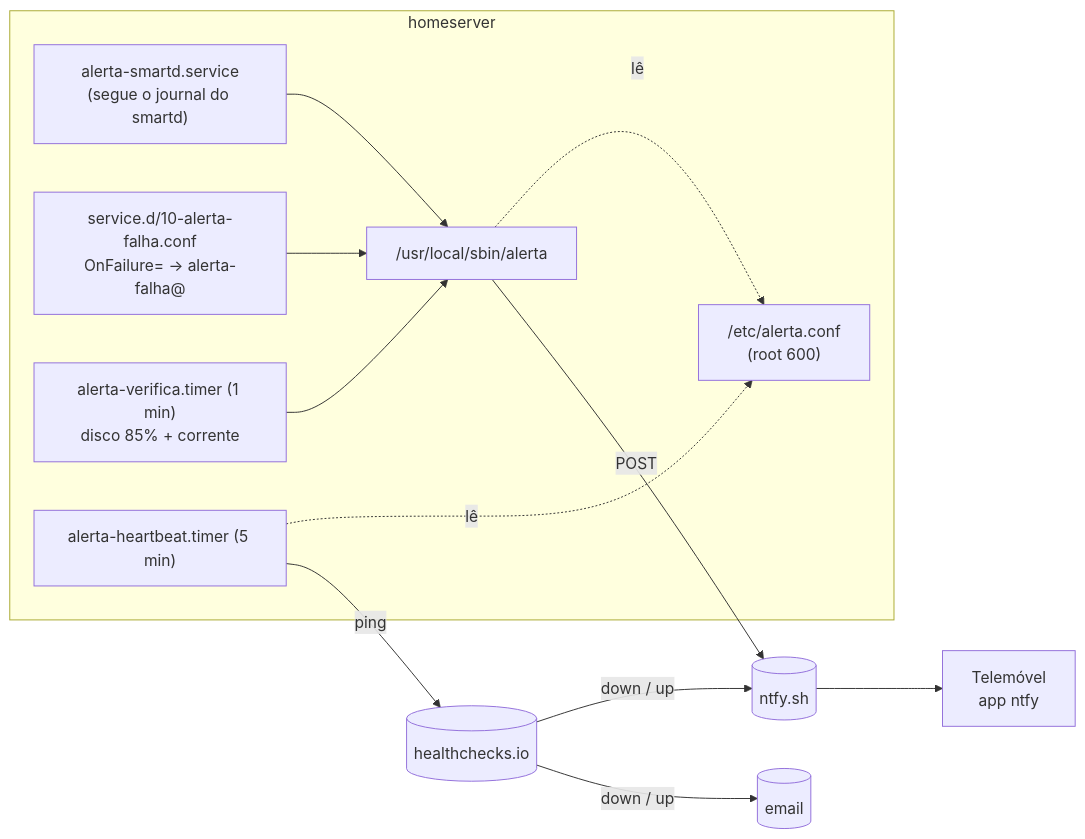
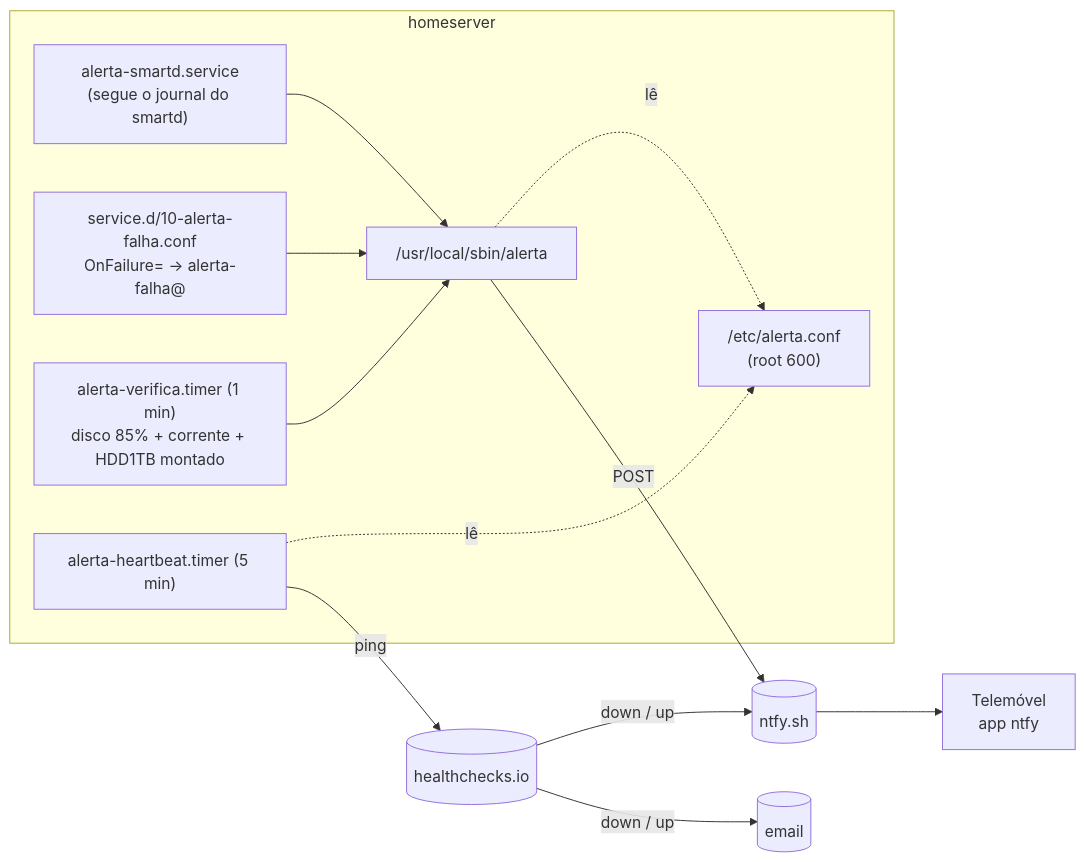
Before and after one commit to Kroatoan1979/001-26-home-server: the diagram in infra/docs/10-alertas-ntfy-healthchecks.md, drawn with Mermaid. The commit also changed other lines of this file and 4 other files, not shown here.

````diff
--- a/infra/docs/10-alertas-ntfy-healthchecks.md
+++ b/infra/docs/10-alertas-ntfy-healthchecks.md
@@ -60,21 +60,21 @@
 ```mermaid
 flowchart LR
   subgraph homeserver
     CONF["/etc/alerta.conf<br/>(root 600)"]
     A["/usr/local/sbin/alerta"]
     S["alerta-smartd.service<br/>(segue o journal do smartd)"]
     F["service.d/10-alerta-falha.conf<br/>OnFailure= → alerta-falha@"]
-    V["alerta-verifica.timer (1 min)<br/>disco 85% + corrente"]
+    V["alerta-verifica.timer (1 min)<br/>disco 85% + corrente + HDD1TB montado"]
     H["alerta-heartbeat.timer (5 min)"]
     S --> A
     F --> A
     V --> A
     A -. lê .-> CONF
     H -. lê .-> CONF
   end
   A -->|POST| NTFY[(ntfy.sh)]
   H -->|ping| HC[(healthchecks.io)]
   HC -->|"down / up"| NTFY
   HC -->|"down / up"| MAIL[(email)]
   NTFY --> TLM[Telemóvel<br/>app ntfy]
 ```
````
